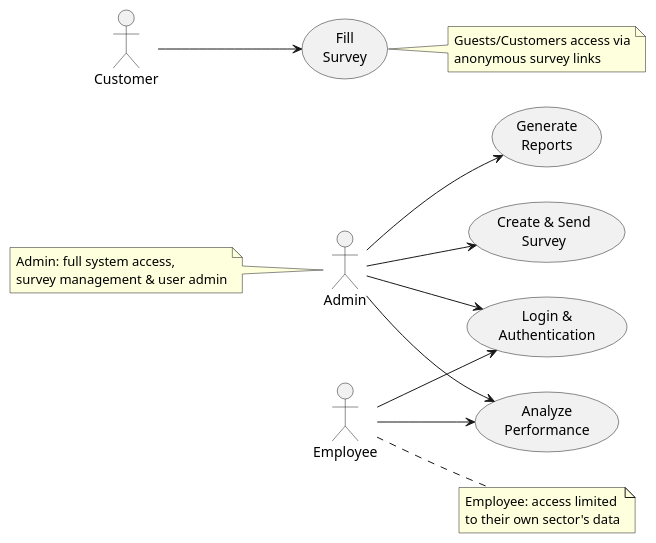
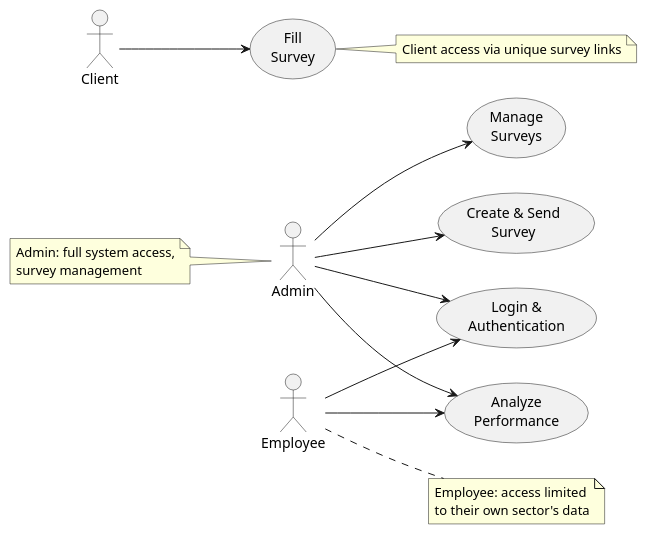
The diagram in usecase.puml (MarcusEduard/SurveyDashboard), drawn with PlantUML before and after one commit. The commit also changed 6 other files, not shown here.

Commit message:
Sequence Diagarm

```diff
--- a/usecase.puml
+++ b/usecase.puml
@@ -1,46 +1,45 @@
 @startuml SurveyDashboard_UseCase
 
 left to right direction
 skinparam packageStyle rectangle
 
 ' Actors
 actor Admin as A
 actor "Employee" as E
-actor Customer as C
+actor Client as C
 
 ' Use cases
 usecase "Create & Send\nSurvey" as UC_CreateSend
 usecase "Fill\nSurvey" as UC_Fill
 usecase "Analyze\nPerformance" as UC_Analyze
-usecase "Generate\nReports" as UC_Report
+usecase "Manage\nSurveys" as UC_Manage
 usecase "Login &\nAuthentication" as UC_Auth
 
 ' Associations
 A --> UC_CreateSend
 A --> UC_Analyze
-A --> UC_Report
+A --> UC_Manage
 A --> UC_Auth
 
 E --> UC_Analyze
 E --> UC_Auth
 
 
 C --> UC_Fill
 
 ' Notes / constraints
 note right of E
   Employee: access limited
   to their own sector's data
 end note
 
 note left of A
   Admin: full system access,
-  survey management & user admin
+  survey management
 end note
 
 note right of UC_Fill
-  Guests/Customers access via
-  anonymous survey links
+  Client access via unique survey links
 end note
 
 @enduml
```
